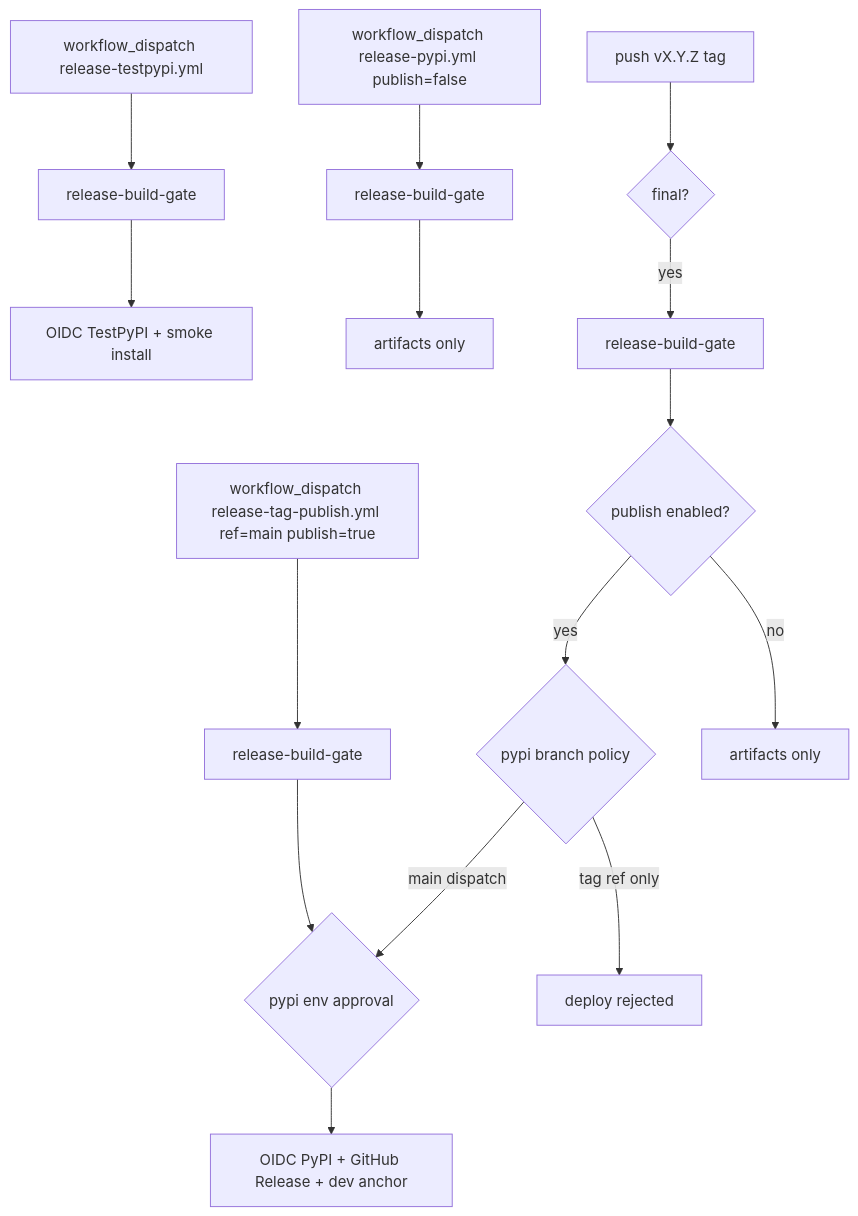
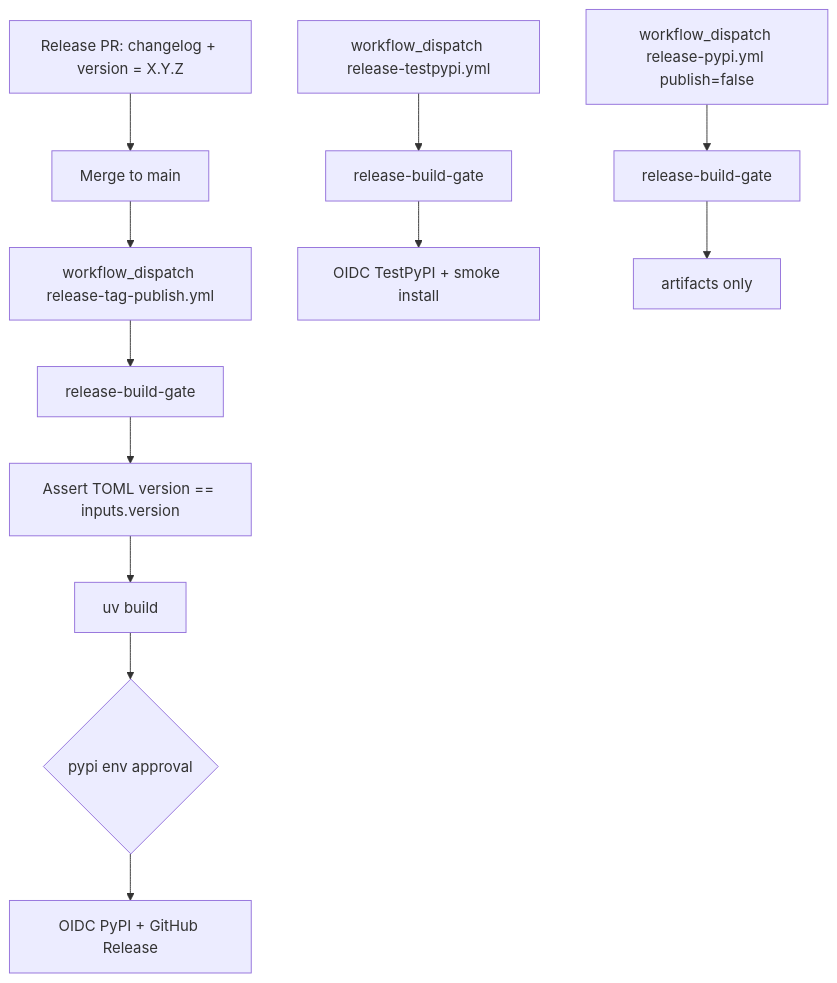
One commit to endorlabs/endorlabs-sdk changed the diagram in docs/contributing/release-publishing.md. Above: the diagram before and after it, drawn with Mermaid. The commit also changed other lines of this file and 19 other files, not shown here.

First line of the commit message:
chore(release): switch to static [project].version for Endor/uv scans

````diff
--- a/docs/contributing/release-publishing.md
+++ b/docs/contributing/release-publishing.md
@@ -185,17 +143,14 @@
 ```mermaid
 flowchart TD
+  releasePR["Release PR: changelog + version = X.Y.Z"] --> merge[Merge to main]
+  merge --> dispatch["workflow_dispatch release-tag-publish.yml"]
+  dispatch --> gate[release-build-gate]
+  gate --> assert["Assert TOML version == inputs.version"]
+  assert --> build["uv build"]
+  build --> approve{pypi env approval}
+  approve --> pubP["OIDC PyPI + GitHub Release"]
   dispatchTest["workflow_dispatch release-testpypi.yml"] --> testGate[release-build-gate]
   testGate --> pubT["OIDC TestPyPI + smoke install"]
   dispatchDry["workflow_dispatch release-pypi.yml publish=false"] --> dryGate[release-build-gate]
   dryGate --> dryArtifacts[artifacts only]
-  dispatchProd["workflow_dispatch release-tag-publish.yml ref=main publish=true"] --> prodGate[release-build-gate]
-  prodGate --> approve{pypi env approval}
-  approve --> pubP["OIDC PyPI + GitHub Release + dev anchor"]
-  tagPush["push vX.Y.Z tag"] --> classify{final?}
-  classify -- yes --> tagGate[release-build-gate]
-  tagGate --> tagPub{publish enabled?}
-  tagPub -- yes --> tagEnv{pypi branch policy}
-  tagEnv -- main dispatch --> approve
-  tagEnv -- tag ref only --> tagBlocked[deploy rejected]
-  tagPub -- no --> dryTag[artifacts only]
 ```
````
